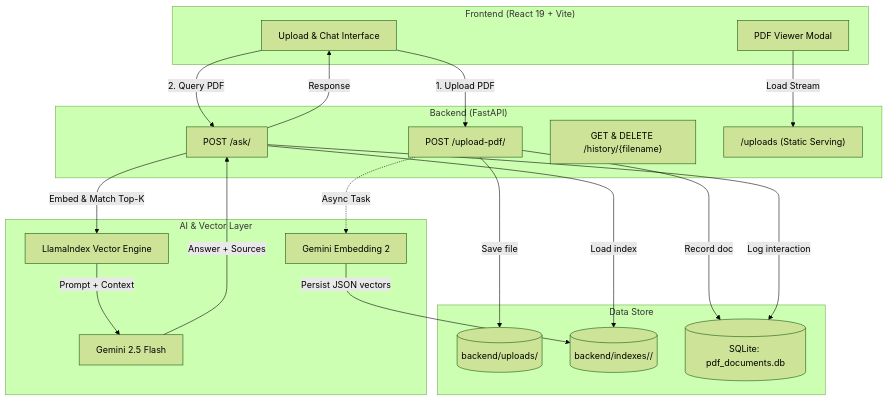
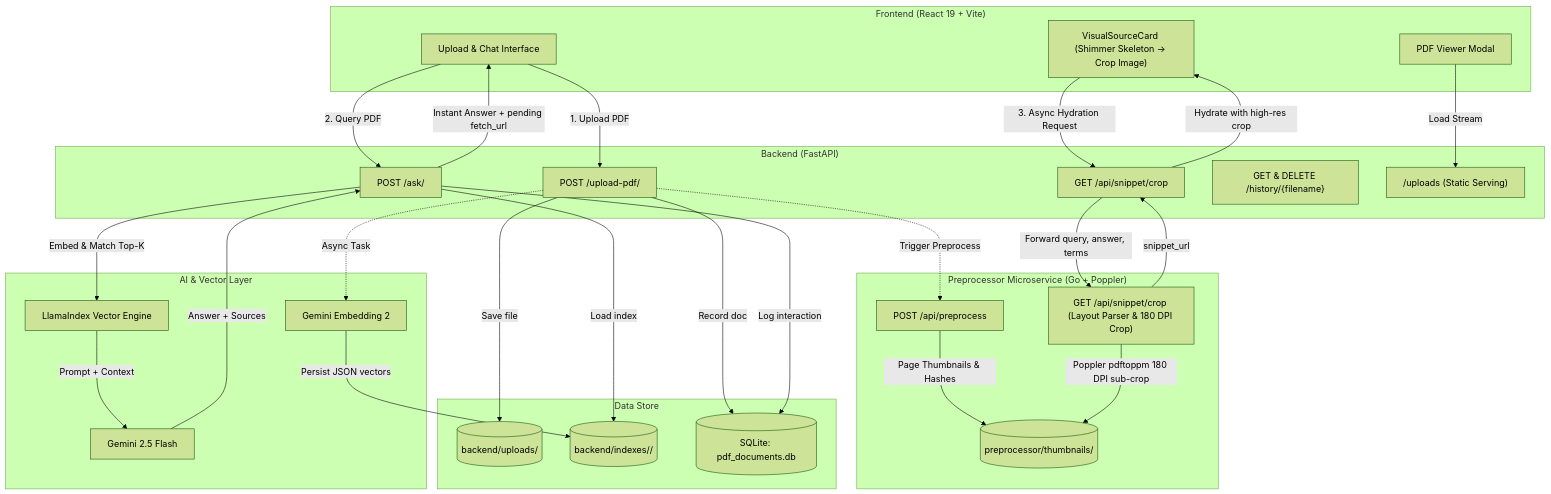
One commit to shibinshibii/pdf-query-app changed the diagram in README.md. Above: the diagram before and after it, drawn with Mermaid (forest theme). The commit also changed other lines of this file and 15 other files, not shown here.

Commit message:
feat(preprocessor): go microservice updations for better accuracy and quality of the source image

````diff
--- a/README.md
+++ b/README.md
@@ -53,42 +55,58 @@
 ```mermaid
 graph TD
     subgraph Client ["Frontend (React 19 + Vite)"]
         UI["Upload & Chat Interface"]
         Viewer["PDF Viewer Modal"]
+        SourceCard["VisualSourceCard (Shimmer Skeleton -> Crop Image)"]
     end
 
     subgraph Server ["Backend (FastAPI)"]
         UploadEP["POST /upload-pdf/"]
         AskEP["POST /ask/"]
+        CropProxy["GET /api/snippet/crop"]
         HistoryEP["GET & DELETE /history/{filename}"]
         StaticFiles["/uploads (Static Serving)"]
+    end
+
+    subgraph Preprocessor ["Preprocessor Microservice (Go + Poppler)"]
+        PreprocessEP["POST /api/preprocess"]
+        CropEngine["GET /api/snippet/crop (Layout Parser & 180 DPI Crop)"]
+        ThumbStore[("preprocessor/thumbnails/")]
     end
 
     subgraph RAG ["AI & Vector Layer"]
         GeminiEmbed["Gemini Embedding 2"]
         Llama["LlamaIndex Vector Engine"]
         GeminiLLM["Gemini 2.5 Flash"]
     end
 
     subgraph Storage ["Data Store"]
         PDFDir[("backend/uploads/")]
         IndexStore[("backend/indexes/<filename>/")]
         SQLite[("SQLite: pdf_documents.db")]
     end
 
     UI -->|1. Upload PDF| UploadEP
     UploadEP -->|Save file| PDFDir
     UploadEP -->|Record doc| SQLite
     UploadEP -.->|Async Task| GeminiEmbed
     GeminiEmbed -->|Persist JSON vectors| IndexStore
+    UploadEP -.->|Trigger Preprocess| PreprocessEP
+    PreprocessEP -->|Page Thumbnails & Hashes| ThumbStore
 
     UI -->|2. Query PDF| AskEP
     AskEP -->|Load index| IndexStore
     AskEP -->|Embed & Match Top-K| Llama
     Llama -->|Prompt + Context| GeminiLLM
     GeminiLLM -->|Answer + Sources| AskEP
     AskEP -->|Log interaction| SQLite
-    AskEP -->|Response| UI
+    AskEP -->|Instant Answer + pending fetch_url| UI
+
+    SourceCard -->|3. Async Hydration Request| CropProxy
+    CropProxy -->|Forward query, answer, terms| CropEngine
+    CropEngine -->|Poppler pdftoppm 180 DPI sub-crop| ThumbStore
+    CropEngine -->|snippet_url| CropProxy
+    CropProxy -->|Hydrate with high-res crop| SourceCard
 
     Viewer -->|Load Stream| StaticFiles
 ```
````
